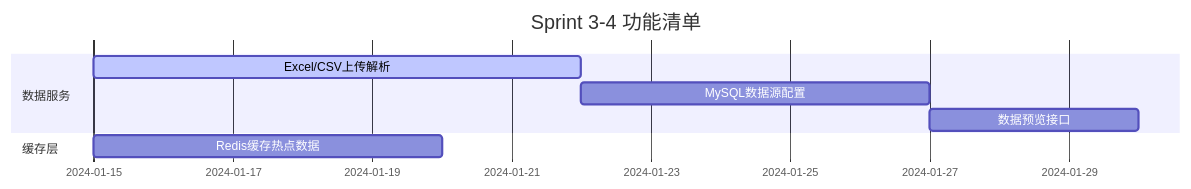
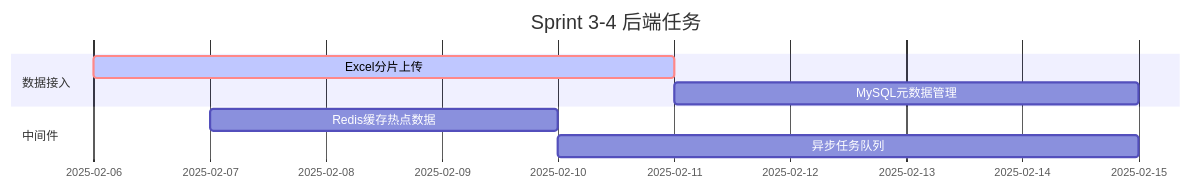
Before and after one commit to Hanekawa-00/Obsidian_Note: the third of 11 diagrams in MyProject/intelligent-bi-platform-microServices/My-plan.md, drawn with Mermaid. The commit also changed other lines of this file, not shown here.

````diff
--- a/MyProject/intelligent-bi-platform-microServices/My-plan.md
+++ b/MyProject/intelligent-bi-platform-microServices/My-plan.md
@@ -28,10 +62,10 @@
 ```mermaid
 gantt
-    title Sprint 3-4 功能清单
-    section 数据服务
-    Excel/CSV上传解析    :active, des1, 2024-01-15, 7d
-    MySQL数据源配置     :des2, after des1, 5d
-    数据预览接口        :des3, after des2, 3d
-    section 缓存层
-    Redis缓存热点数据   :2024-01-15, 5d
+    title Sprint 3-4 后端任务
+    section 数据接入
+    Excel分片上传 :crit, active, a1, 2025-02-06, 5d
+    MySQL元数据管理 :a2, after a1, 4d
+    section 中间件
+    Redis缓存热点数据 :a3, 2025-02-07, 3d
+    异步任务队列 :a4, after a3, 5d
 ```
````
